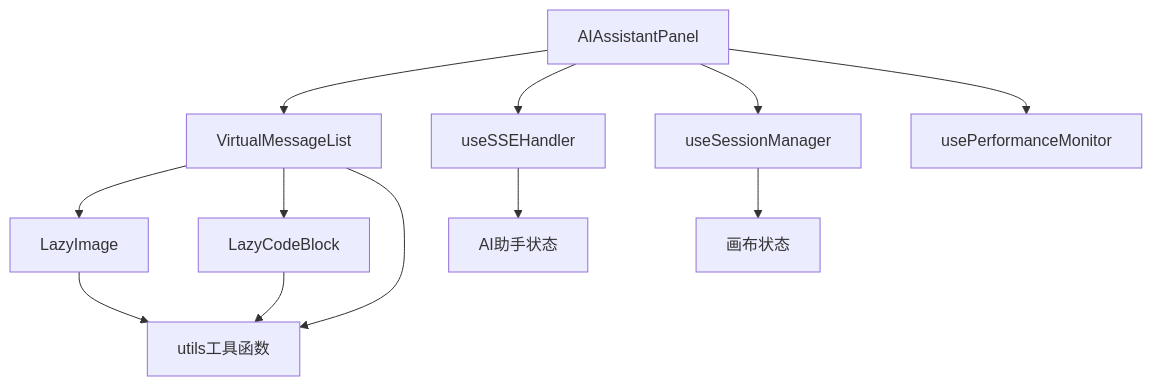
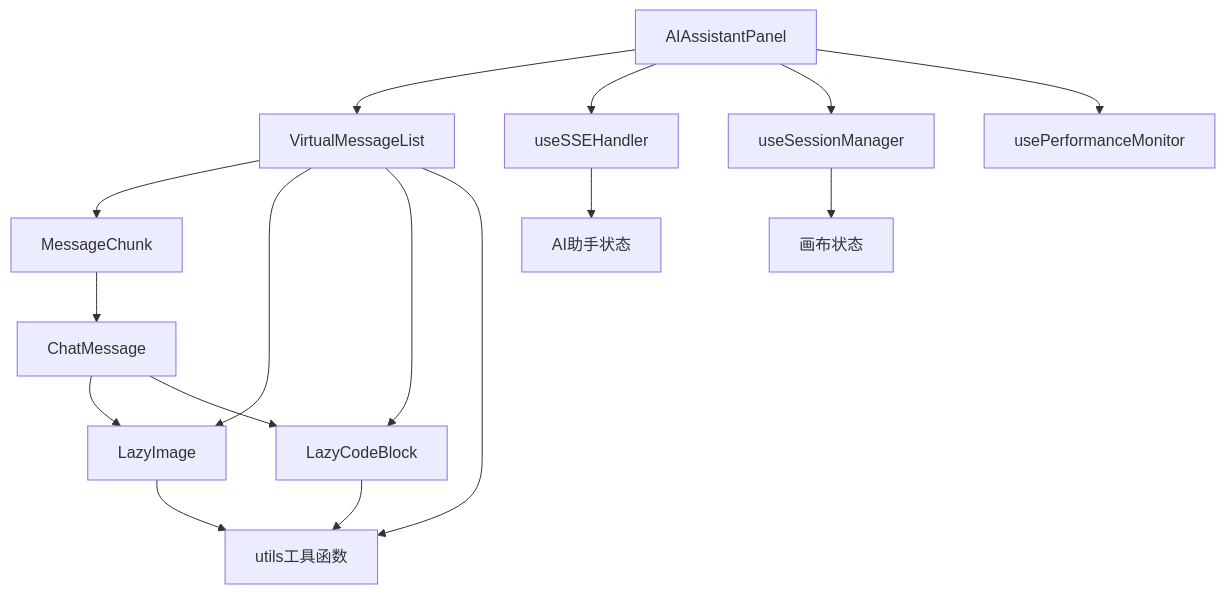
One commit to KunLabAI/KunFlix changed the ninth of 9 diagrams in .qoder/repowiki/zh/content/前端应用架构/UI组件库/懒加载优化系统.md. Above: the diagram before and after it, drawn with Mermaid. The commit also changed other lines of this file and 22 other files, not shown here.

````diff
--- a/.qoder/repowiki/zh/content/前端应用架构/UI组件库/懒加载优化系统.md
+++ b/.qoder/repowiki/zh/content/前端应用架构/UI组件库/懒加载优化系统.md
@@ -366,14 +446,18 @@
 ```mermaid
 graph TD
 AIAssistantPanel[AIAssistantPanel] --> VirtualMessageList[VirtualMessageList]
 AIAssistantPanel --> useSSEHandler[useSSEHandler]
 AIAssistantPanel --> useSessionManager[useSessionManager]
 AIAssistantPanel --> usePerformanceMonitor[usePerformanceMonitor]
+VirtualMessageList --> MessageChunk[MessageChunk]
 VirtualMessageList --> LazyImage[LazyImage]
 VirtualMessageList --> LazyCodeBlock[LazyCodeBlock]
+MessageChunk --> ChatMessage[ChatMessage]
+ChatMessage --> LazyImage
+ChatMessage --> LazyCodeBlock
 useSSEHandler --> useAIAssistantStore[AI助手状态]
 useSessionManager --> useCanvasStore[画布状态]
 LazyImage --> utils[utils工具函数]
 LazyCodeBlock --> utils
 VirtualMessageList --> utils
 ```
````
